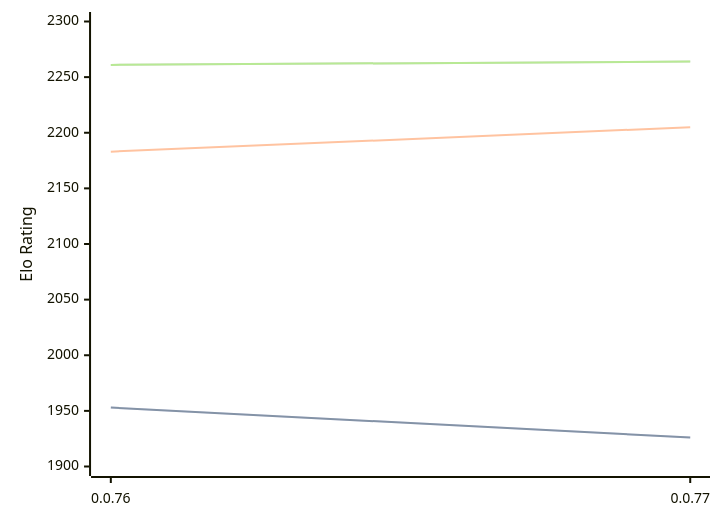
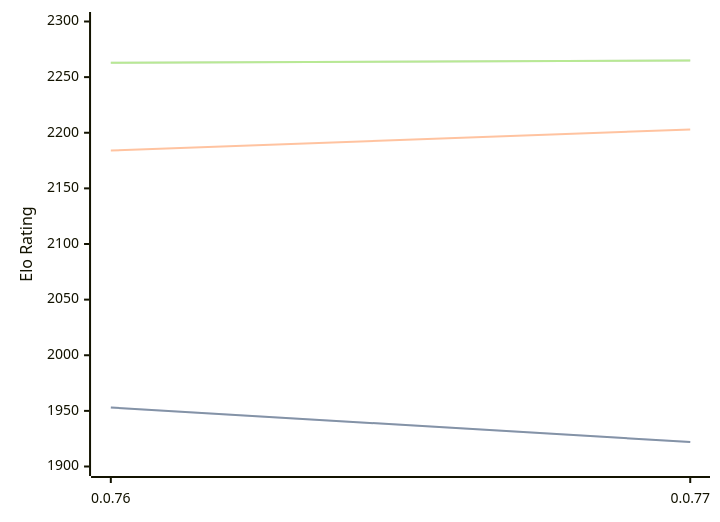
Before and after one commit to computer-chess-index/cci: the diagram in engines/Fktb.md, drawn with Mermaid. The commit also changed other lines of this file, not shown here.

Commit message:
Update CCI Ratings (ELO VLTC) - 2026-02-21

````diff
--- a/engines/Fktb.md
+++ b/engines/Fktb.md
@@ -29,11 +29,11 @@
 ```mermaid
 %%{init: {"theme":"base","themeVariables":{"seriesColors:['#a3a3a3','#222221','#faa371']}}}%%
 xychart-beta
   x-axis ["0.0.76", "0.0.77"]
   y-axis "Elo Rating" 1900 --> 2300
-  line "STC (8.0+0.08s)" [1953, 1926]
-  line "STC (8.0+0.08s)" [1953, 1926]
-  line "LTC (60.0+0.60s)" [2183, 2205]
-  line "VLTC (2m24s+1.12s)" [2261, 2264]
-  line "VLTC (2m24s+1.12s)" [2261, 2264]
+  line "STC (8.0+0.08s)" [1953, 1922]
+  line "STC (8.0+0.08s)" [1953, 1922]
+  line "LTC (60.0+0.60s)" [2184, 2203]
+  line "VLTC (2m24s+1.12s)" [2263, 2265]
+  line "VLTC (2m24s+1.12s)" [2263, 2265]
 ```
````
